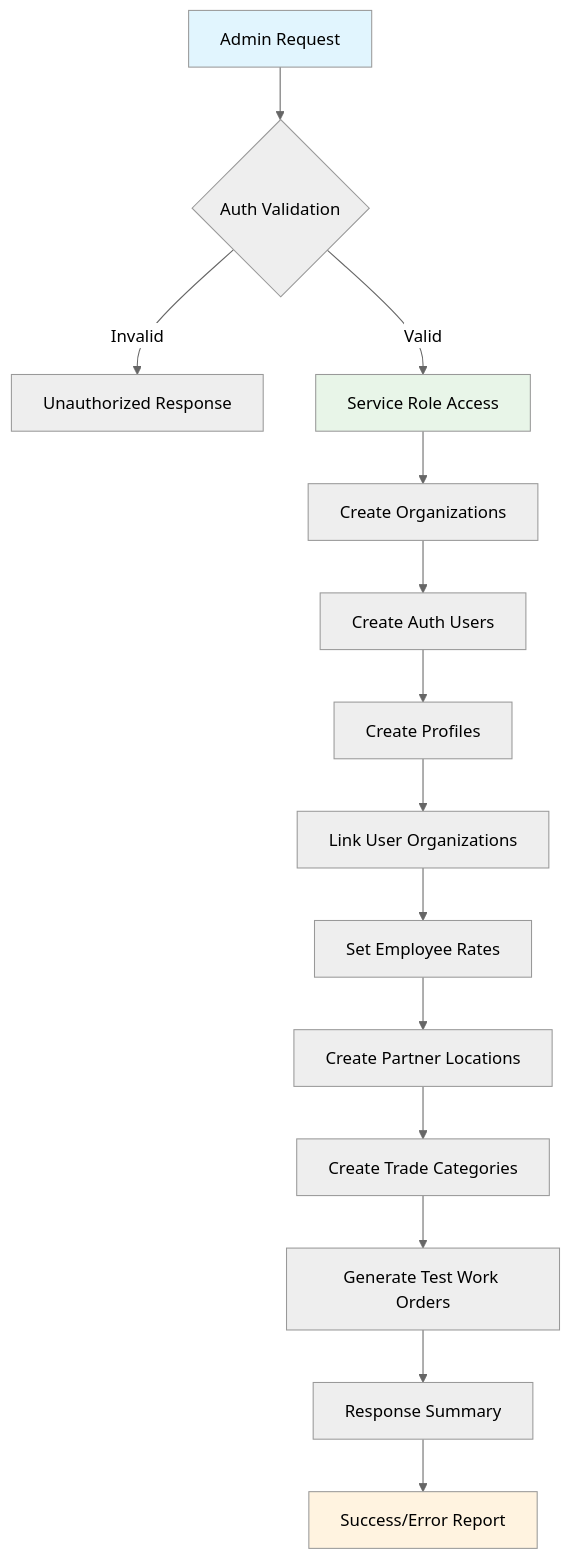
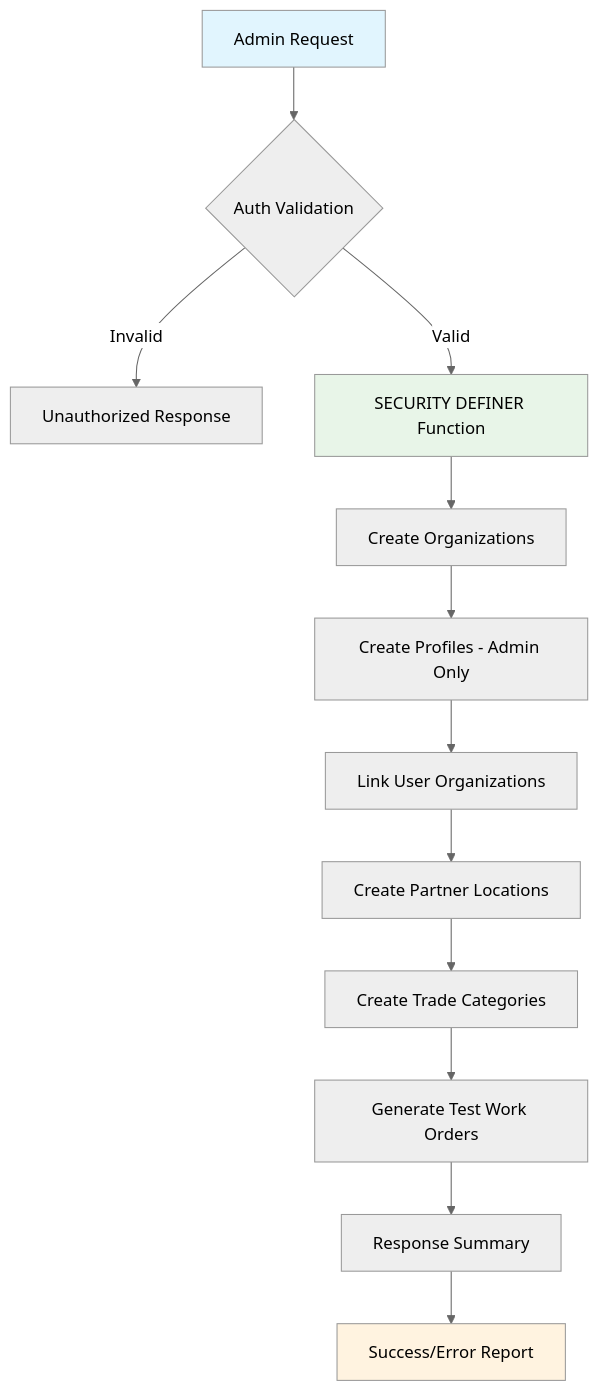
One commit to Cradcliff187/work-order-canvas-pro changed the second of 5 diagrams in docs/DATABASE_SCHEMA.md. Above: the diagram before and after it, drawn with Mermaid (neutral theme). The commit also changed other lines of this file and 8 other files, not shown here.

````diff
--- a/docs/DATABASE_SCHEMA.md
+++ b/docs/DATABASE_SCHEMA.md
@@ -273,22 +273,20 @@
 ```mermaid
 graph TD
     A[Admin Request] --> B{Auth Validation}
     B -->|Invalid| C[Unauthorized Response]
-    B -->|Valid| D[Service Role Access]
+    B -->|Valid| D[SECURITY DEFINER Function]
     
     D --> E[Create Organizations]
-    E --> F[Create Auth Users]
-    F --> G[Create Profiles]
-    G --> H[Link User Organizations]
-    H --> I[Set Employee Rates]
-    I --> J[Create Partner Locations]
-    J --> K[Create Trade Categories]
-    K --> L[Generate Test Work Orders]
-    L --> M[Response Summary]
+    E --> F[Create Profiles - Admin Only]
+    F --> G[Link User Organizations]
+    G --> H[Create Partner Locations]
+    H --> I[Create Trade Categories]
+    I --> J[Generate Test Work Orders]
+    J --> K[Response Summary]
     
-    M --> N[Success/Error Report]
+    K --> L[Success/Error Report]
     
     style A fill:#e1f5fe
     style D fill:#e8f5e8
-    style N fill:#fff3e0
+    style L fill:#fff3e0
 ```
````
